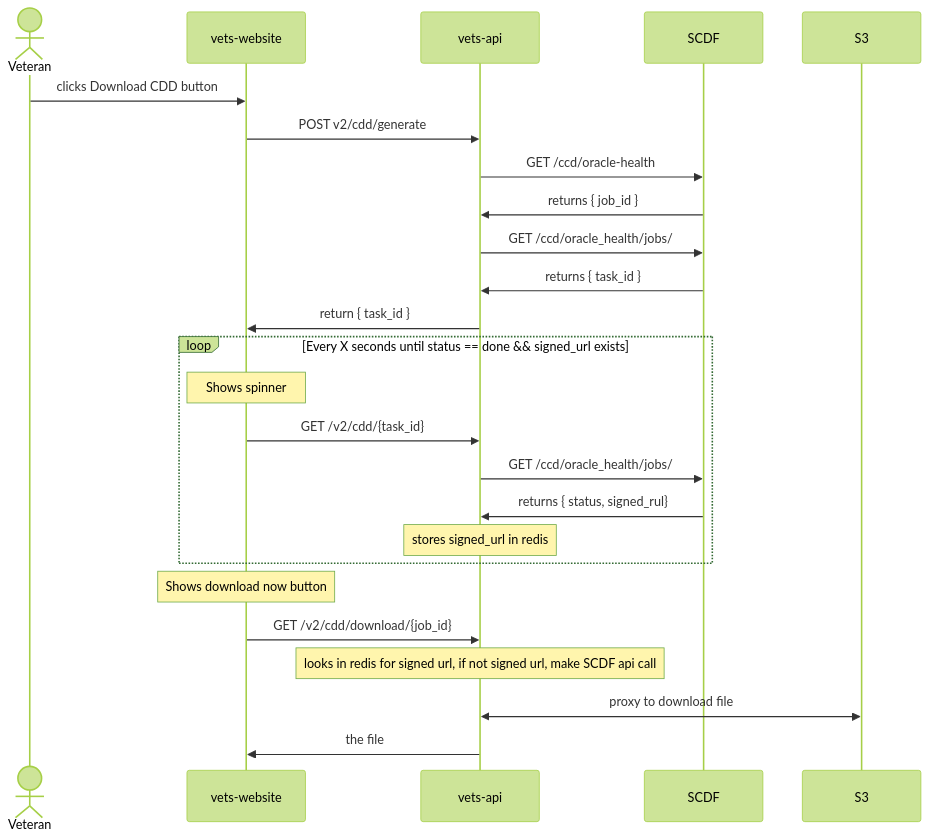
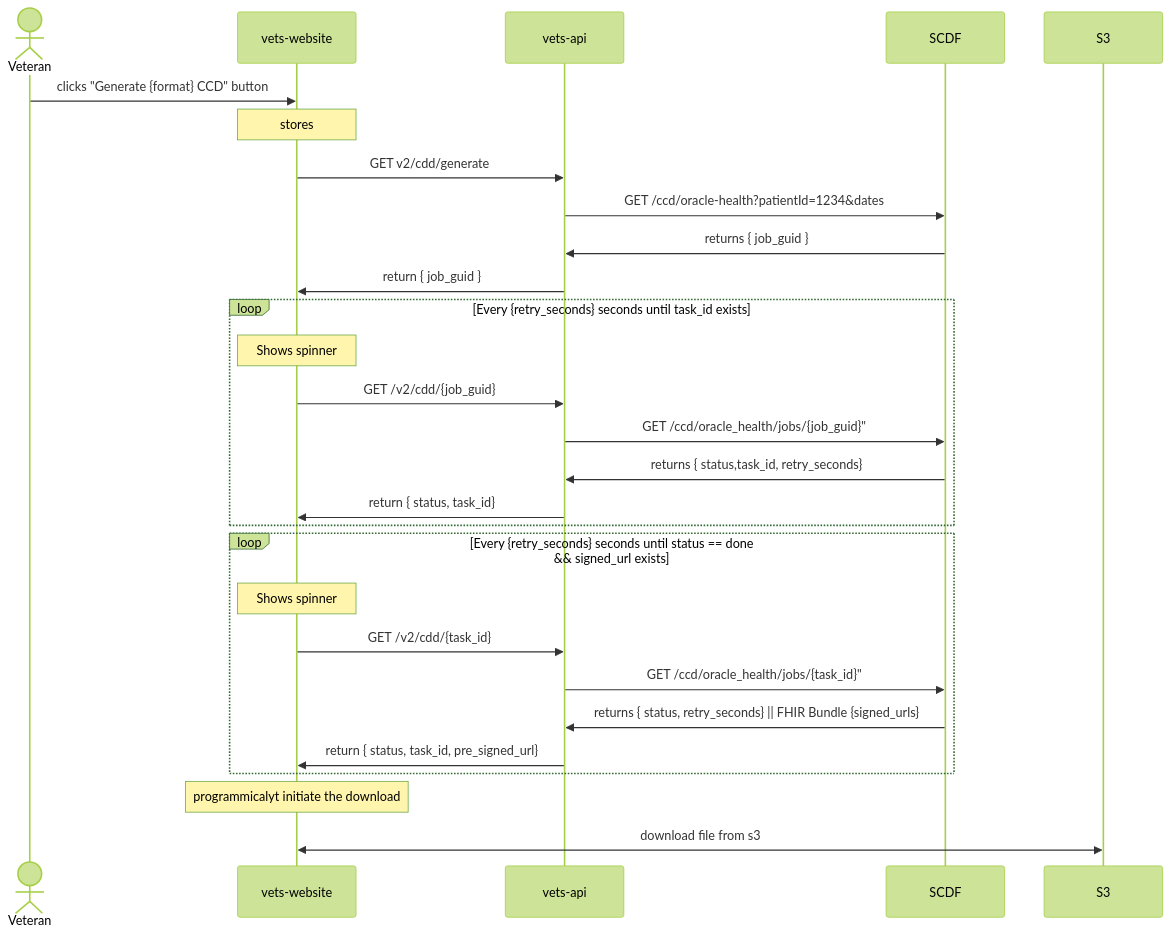
One commit to Ninjaneer321/va.gov-team changed the diagram in products/health-care/medical-records/engineering/decisions/cdd.md. Above: the diagram before and after it, drawn with Mermaid (forest theme). The commit also changed other lines of this file, not shown here.

Commit message:
updated cdd flow

````diff
--- a/products/health-care/medical-records/engineering/decisions/cdd.md
+++ b/products/health-care/medical-records/engineering/decisions/cdd.md
@@ -3,29 +3,34 @@
 ``` mermaid
 sequenceDiagram
     actor Veteran
     participant vets-website
     participant vets-api
     participant SCDF
 
-    Veteran ->> vets-website: clicks Download CDD button
-    vets-website ->> vets-api: POST v2/cdd/generate
-    vets-api ->> SCDF: GET /ccd/oracle-health
-    SCDF ->> vets-api: returns { job_id }
-    vets-api ->> SCDF: GET /ccd/oracle_health/jobs/#{job_id}
-    SCDF ->> vets-api: returns { task_id }
-    vets-api ->> vets-website: return { task_id }
-    loop Every X seconds until status == done && signed_url exists
+    Veteran ->> vets-website: clicks "Generate {format} CCD" button
+    note over vets-website: stores 
+    vets-website ->> vets-api: GET v2/cdd/generate
+    vets-api ->> SCDF: GET /ccd/oracle-health?patientId=1234&dates
+    SCDF ->> vets-api: returns { job_guid }
+    vets-api ->> vets-website: return { job_guid }
+    loop Every {retry_seconds} seconds until task_id exists
+        note over vets-website: Shows spinner
+        vets-website ->> vets-api: GET /v2/cdd/{job_guid}
+        vets-api ->> SCDF: GET /ccd/oracle_health/jobs/{job_guid}"
+        SCDF ->> vets-api: returns { status,task_id, retry_seconds}
+        vets-api ->> vets-website: return { status, task_id}
+    end
+
+    loop Every {retry_seconds} seconds until status == done && signed_url exists
         note over vets-website: Shows spinner
         vets-website ->> vets-api: GET /v2/cdd/{task_id}
-        vets-api ->> SCDF: GET /ccd/oracle_health/jobs/#{job_id}"
-        SCDF ->> vets-api: returns { status, signed_rul}
-        note over vets-api: stores signed_url in redis
+        vets-api ->> SCDF: GET /ccd/oracle_health/jobs/{task_id}"
+        SCDF ->> vets-api: returns { status, retry_seconds} || FHIR Bundle {signed_urls}
+        vets-api ->> vets-website: return { status, task_id, pre_signed_url} 
     end
+    note over vets-website: programmicalyt initiate the download
+    vets-website <<->> S3: download file from s3
+    
 
-    note over vets-website: Shows download now button
-    vets-website ->> vets-api: GET /v2/cdd/download/{job_id}
-    note over vets-api: looks in redis for signed url, if not signed url, make SCDF api call
-    vets-api <<->> S3: proxy to download file
-    vets-api ->> vets-website: the file
 
 ```
````
